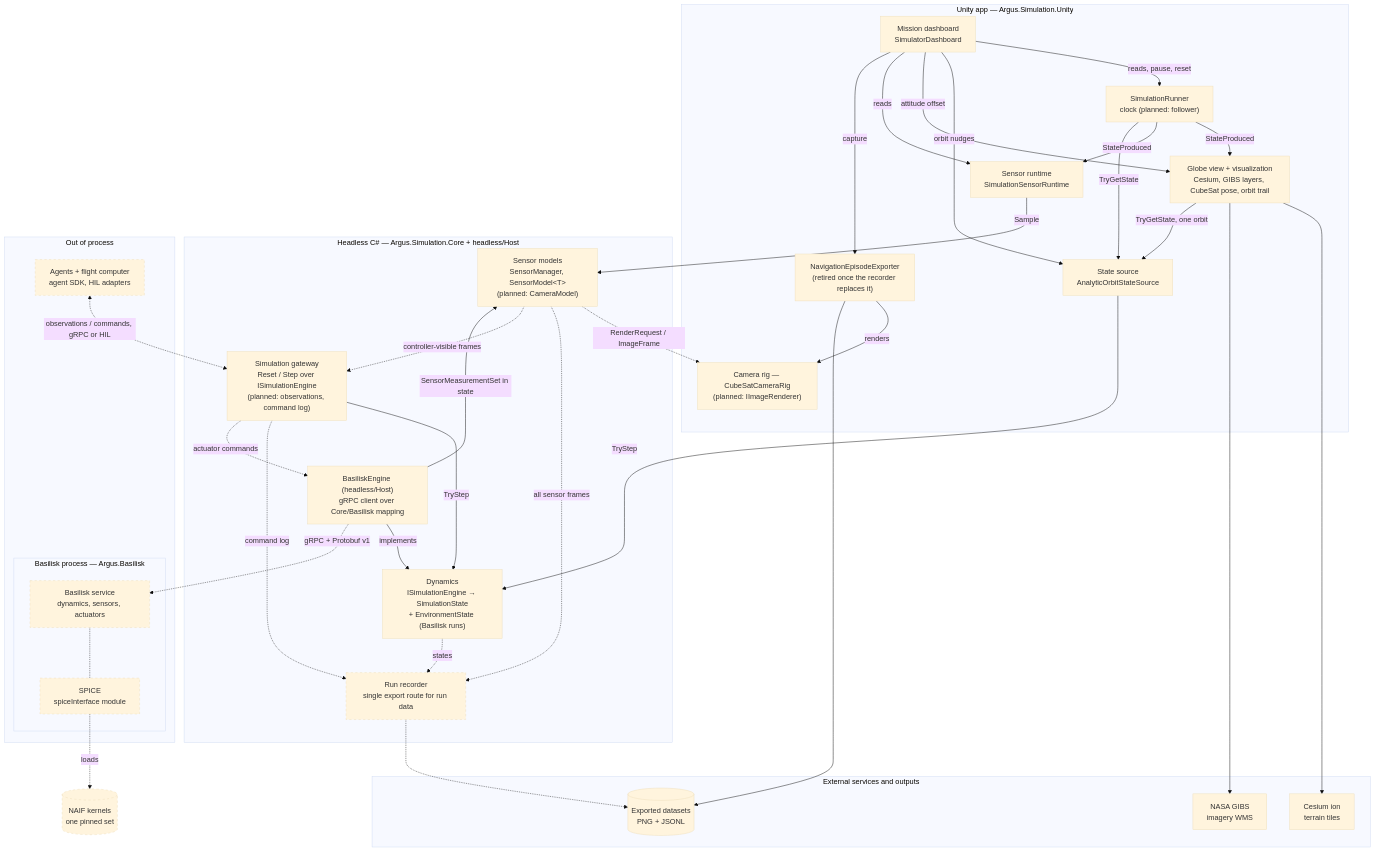
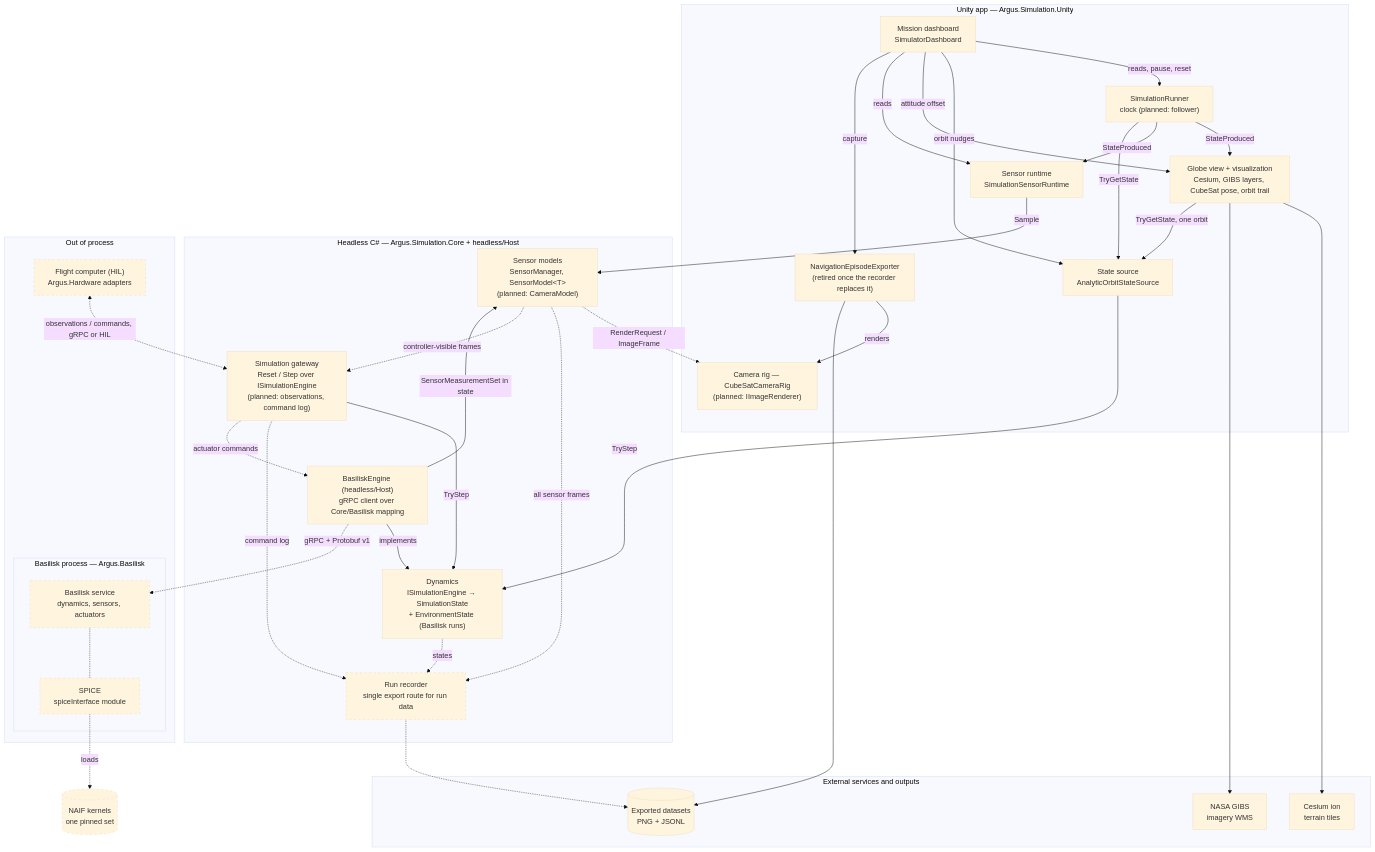
Before and after one commit to cmu-argus-2/argus_simulation: the first of 2 diagrams in docs/target-architecture.md, drawn with Mermaid (base theme). The commit also changed other lines of this file and 9 other files, not shown here.

First line of the commit message:
chore: drop the Argus.Agent placeholder; the agent SDK is out of scope

````diff
--- a/docs/target-architecture.md
+++ b/docs/target-architecture.md
@@ -20,70 +20,70 @@
 ```mermaid
 flowchart TB
     subgraph EXT["External services and outputs"]
         ion["Cesium ion<br/>terrain tiles"]
         gibs["NASA GIBS<br/>imagery WMS"]
         data[("Exported datasets<br/>PNG + JSONL")]
     end
 
     subgraph UNITY["Unity app — Argus.Simulation.Unity"]
         globe["Globe view + visualization<br/>Cesium, GIBS layers, CubeSat pose, orbit trail"]
         camr["Camera rig — CubeSatCameraRig<br/>(planned: IImageRenderer)"]
         runner["SimulationRunner<br/>clock (planned: follower)"]
         src["State source<br/>AnalyticOrbitStateSource"]
         sens["Sensor runtime<br/>SimulationSensorRuntime"]
         dash["Mission dashboard<br/>SimulatorDashboard"]
         exporter["NavigationEpisodeExporter<br/>(retired once the recorder replaces it)"]
     end
 
     subgraph CORE["Headless C# — Argus.Simulation.Core + headless/Host"]
         dyn["Dynamics<br/>ISimulationEngine → SimulationState<br/>+ EnvironmentState (Basilisk runs)"]
         smod["Sensor models<br/>SensorManager, SensorModel&lt;T&gt;<br/>(planned: CameraModel)"]
         gate["Simulation gateway<br/>Reset / Step over ISimulationEngine<br/>(planned: observations, command log)"]
         beng["BasiliskEngine (headless/Host)<br/>gRPC client over Core/Basilisk mapping"]
         rec["Run recorder<br/>single export route for run data"]
     end
 
     subgraph OOP["Out of process"]
         subgraph BSKP["Basilisk process — Argus.Basilisk"]
             bsk["Basilisk service<br/>dynamics, sensors, actuators"]
             spice["SPICE<br/>spiceInterface module"]
         end
-        agents["Agents + flight computer<br/>agent SDK, HIL adapters"]
+        agents["Flight computer (HIL)<br/>Argus.Hardware adapters"]
     end
 
     naif[("NAIF kernels<br/>one pinned set")]
 
     globe --> ion
     globe --> gibs
     runner -->|StateProduced| globe
     runner -->|StateProduced| sens
     runner -->|TryGetState| src
     globe -->|TryGetState, one orbit| src
     dash -->|reads, pause, reset| runner
     dash -->|orbit nudges| src
     dash -->|attitude offset| globe
     dash -->|reads| sens
     dash -->|capture| exporter
     src -->|TryStep| dyn
     sens -->|Sample| smod
     gate -->|TryStep| dyn
     exporter -->|renders| camr
     exporter --> data
 
     smod -.->|RenderRequest / ImageFrame| camr
     beng -->|implements| dyn
     beng -->|SensorMeasurementSet in state| smod
     beng -.->|gRPC + Protobuf v1| bsk
     bsk -.- spice
     spice -.->|loads| naif
     dyn -.->|states| rec
     smod -.->|all sensor frames| rec
     smod -.->|controller-visible frames| gate
     gate -.->|command log| rec
     gate -.->|actuator commands| beng
     agents <-.->|observations / commands, gRPC or HIL| gate
     rec -.-> data
 
     classDef planned stroke-dasharray: 5 5
     class rec,bsk,spice,agents,naif planned
 ```
````
